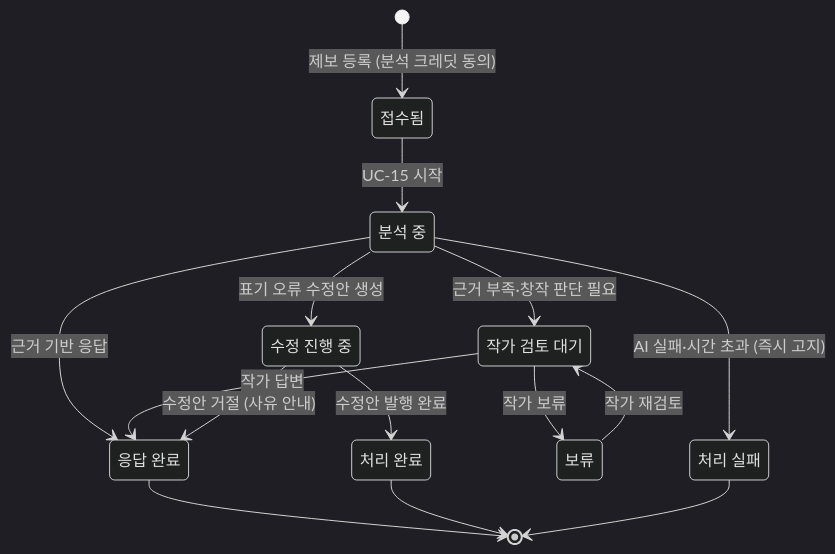
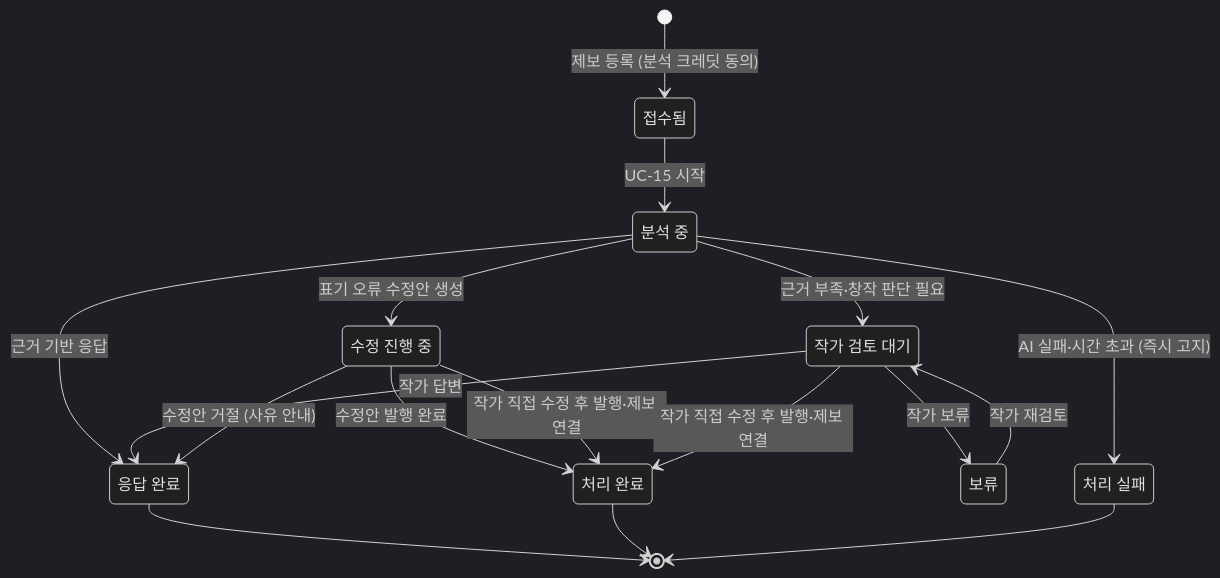
Before and after one commit to SKNETWORKS-FAMILY-AICAMP/SKN34-FINAL-4TEAM: the first of 5 diagrams in docs/diagrams/state.md, drawn with Mermaid (dark theme). The commit also changed other lines of this file and 13 other files, not shown here.

````diff
--- a/docs/diagrams/state.md
+++ b/docs/diagrams/state.md
@@ -6,25 +6,27 @@
 ```mermaid
 stateDiagram-v2
   state "접수됨" as RECEIVED
   state "분석 중" as ANALYZING
   state "응답 완료" as ANSWERED
   state "작가 검토 대기" as AUTHOR_REVIEW
   state "수정 진행 중" as FIXING
   state "처리 완료" as DONE
   state "보류" as HOLD
   state "처리 실패" as FAILED
   [*] --> RECEIVED: 제보 등록 (분석 크레딧 동의)
   RECEIVED --> ANALYZING: UC-15 시작
   ANALYZING --> ANSWERED: 근거 기반 응답
   ANALYZING --> AUTHOR_REVIEW: 근거 부족·창작 판단 필요
   ANALYZING --> FIXING: 표기 오류 수정안 생성
   ANALYZING --> FAILED: AI 실패·시간 초과 (즉시 고지)
   AUTHOR_REVIEW --> ANSWERED: 작가 답변
   AUTHOR_REVIEW --> HOLD: 작가 보류
   HOLD --> AUTHOR_REVIEW: 작가 재검토
   FIXING --> DONE: 수정안 발행 완료
+  FIXING --> DONE: 작가 직접 수정 후 발행·제보 연결
+  AUTHOR_REVIEW --> DONE: 작가 직접 수정 후 발행·제보 연결
   FIXING --> ANSWERED: 수정안 거절 (사유 안내)
   ANSWERED --> [*]
   DONE --> [*]
   FAILED --> [*]
 ```
````
